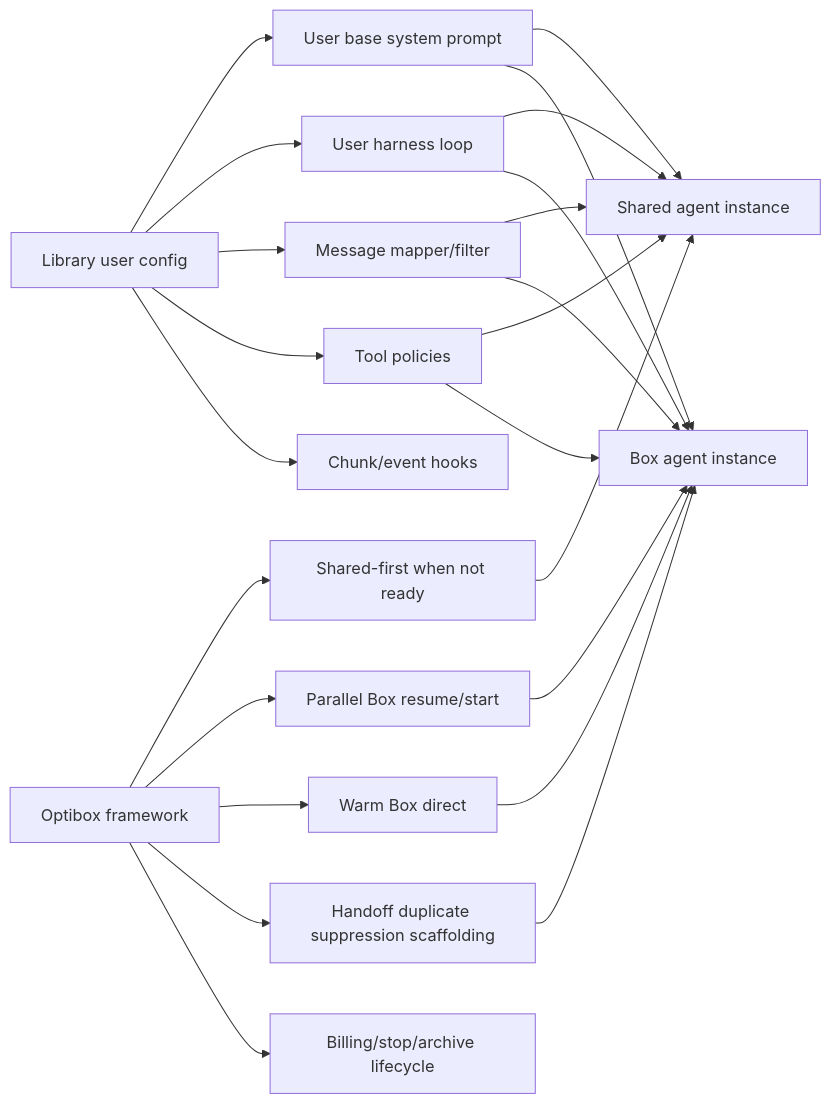
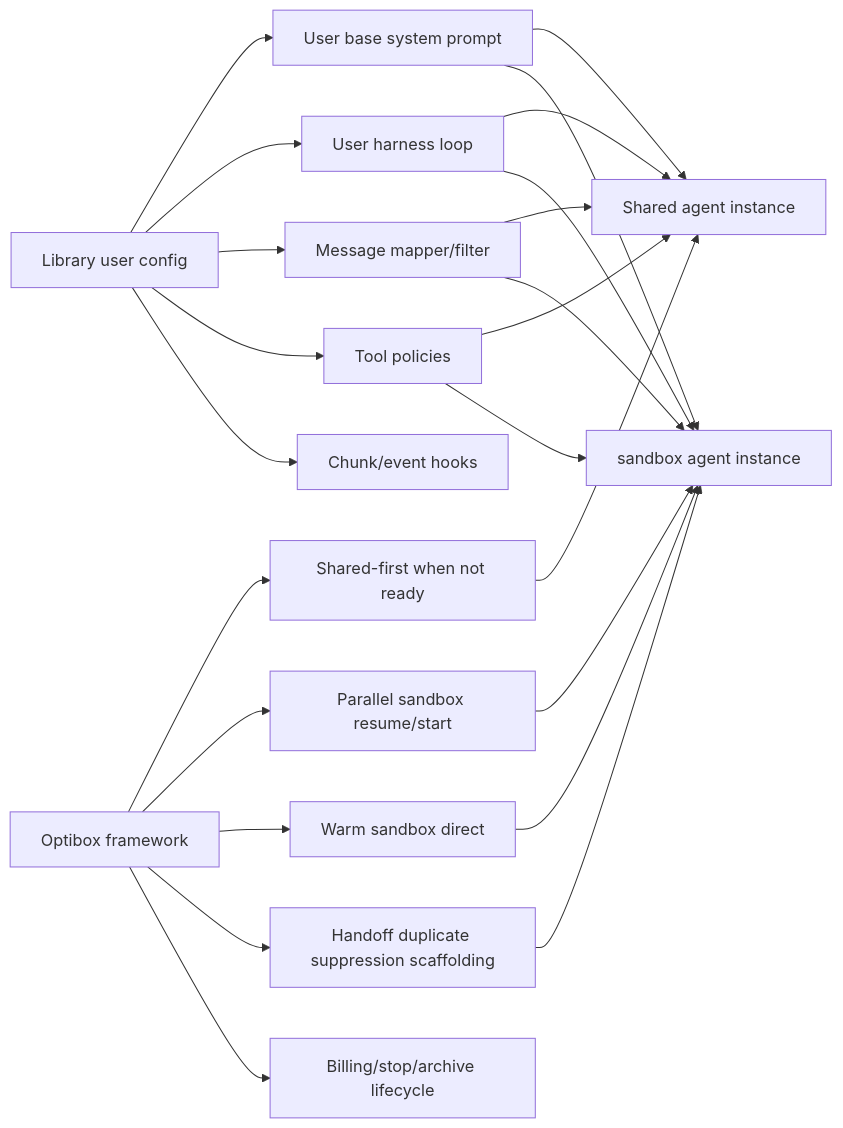
Before and after one commit to ariana-dot-dev/optibox: diagram 14 of 15 in docs/optibox-handoff-technical-report.md, drawn with Mermaid. The commit also changed other lines of this file and 26 other files, not shown here.

First line of the commit message:
rename Box to Boat: the product is Boat, the machine is a sandbox

````diff
--- a/docs/optibox-handoff-technical-report.md
+++ b/docs/optibox-handoff-technical-report.md
@@ -566,28 +566,28 @@
 ```mermaid
 flowchart LR
     U[Library user config] --> A[User base system prompt]
     U --> B[User harness loop]
     U --> C[Message mapper/filter]
     U --> D[Tool policies]
     U --> E[Chunk/event hooks]
 
     F[Optibox framework] --> G[Shared-first when not ready]
-    F --> H[Parallel Box resume/start]
-    F --> I[Warm Box direct]
+    F --> H[Parallel sandbox resume/start]
+    F --> I[Warm sandbox direct]
     F --> J[Handoff duplicate suppression scaffolding]
     F --> K[Billing/stop/archive lifecycle]
 
     A --> L[Shared agent instance]
     B --> L
     C --> L
     D --> L
     G --> L
 
-    A --> M[Box agent instance]
+    A --> M[sandbox agent instance]
     B --> M
     C --> M
     D --> M
     H --> M
     I --> M
     J --> M
 ```
````
